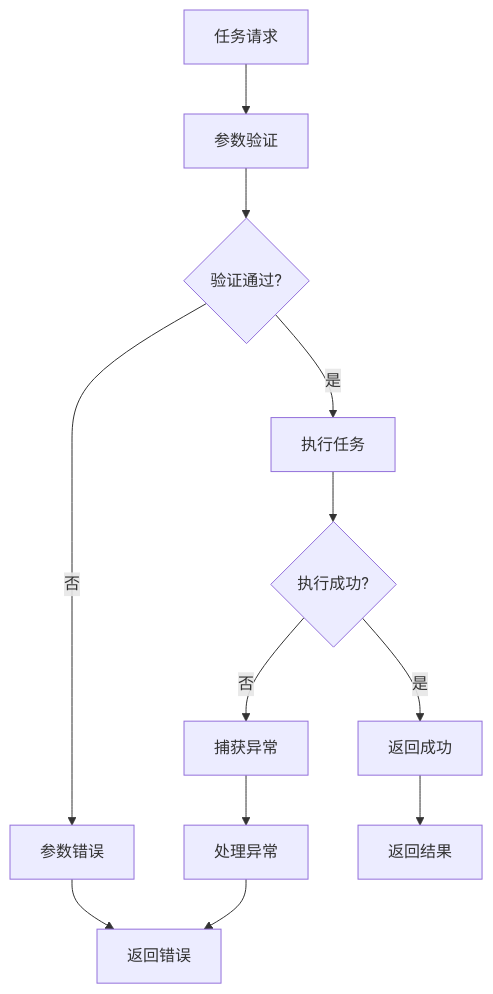
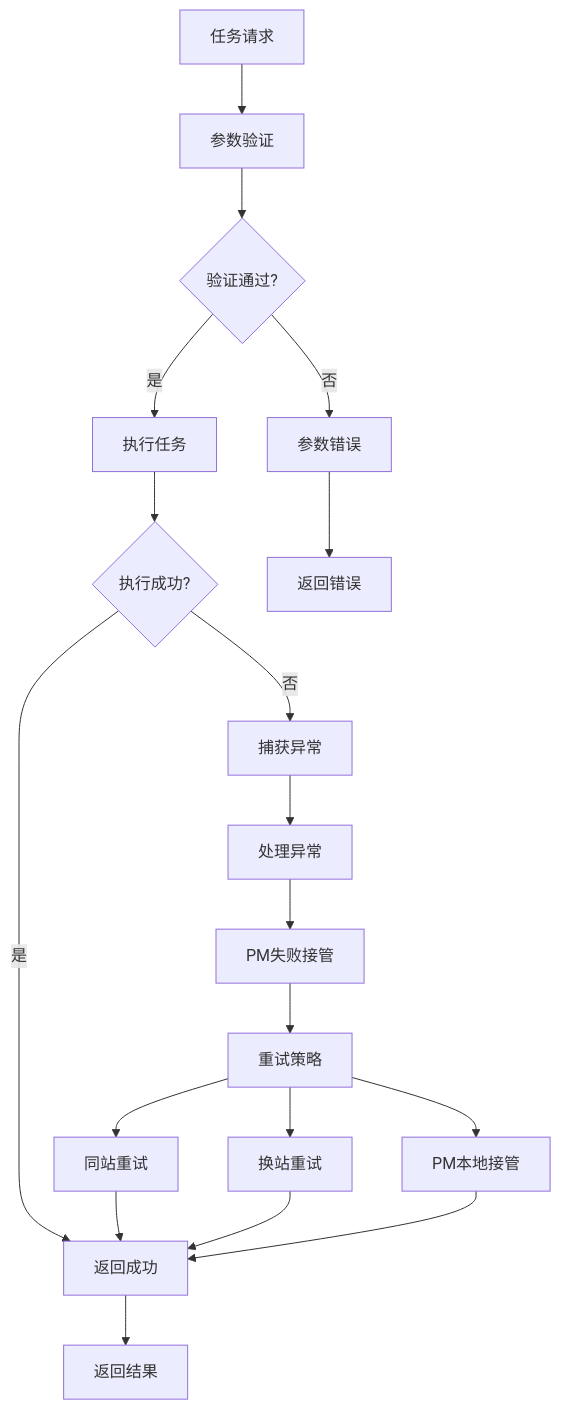
One commit to targalian/Personal-distributed-workstation changed diagram 14 of 14 in .qoder/repowiki/zh/content/架构设计/Worker 代理/Agent 能力声明系统/Agent 运行时管理.md. Above: the diagram before and after it, drawn with Mermaid. The commit also changed other lines of this file and 60 other files, not shown here.

````diff
--- a/.qoder/repowiki/zh/content/架构设计/Worker 代理/Agent 能力声明系统/Agent 运行时管理.md
+++ b/.qoder/repowiki/zh/content/架构设计/Worker 代理/Agent 能力声明系统/Agent 运行时管理.md
@@ -432,14 +641,21 @@
 ```mermaid
 flowchart TD
 Request[任务请求] --> Validate[参数验证]
 Validate --> Valid{验证通过?}
 Valid --> |否| ParamError[参数错误]
 Valid --> |是| Execute[执行任务]
 Execute --> TryExecute{执行成功?}
 TryExecute --> |否| CatchError[捕获异常]
 TryExecute --> |是| Success[返回成功]
 CatchError --> HandleError[处理异常]
-HandleError --> ReturnError[返回错误]
-ParamError --> ReturnError
+HandleError --> PMFailure[PM失败接管]
+PMFailure --> RetryStrategy[重试策略]
+RetryStrategy --> SameStationRetry[同站重试]
+RetryStrategy --> DifferentStationRetry[换站重试]
+RetryStrategy --> LocalFallback[PM本地接管]
+SameStationRetry --> Success
+DifferentStationRetry --> Success
+LocalFallback --> Success
+ParamError --> ReturnError[返回错误]
 Success --> ReturnSuccess[返回结果]
 ```
````
